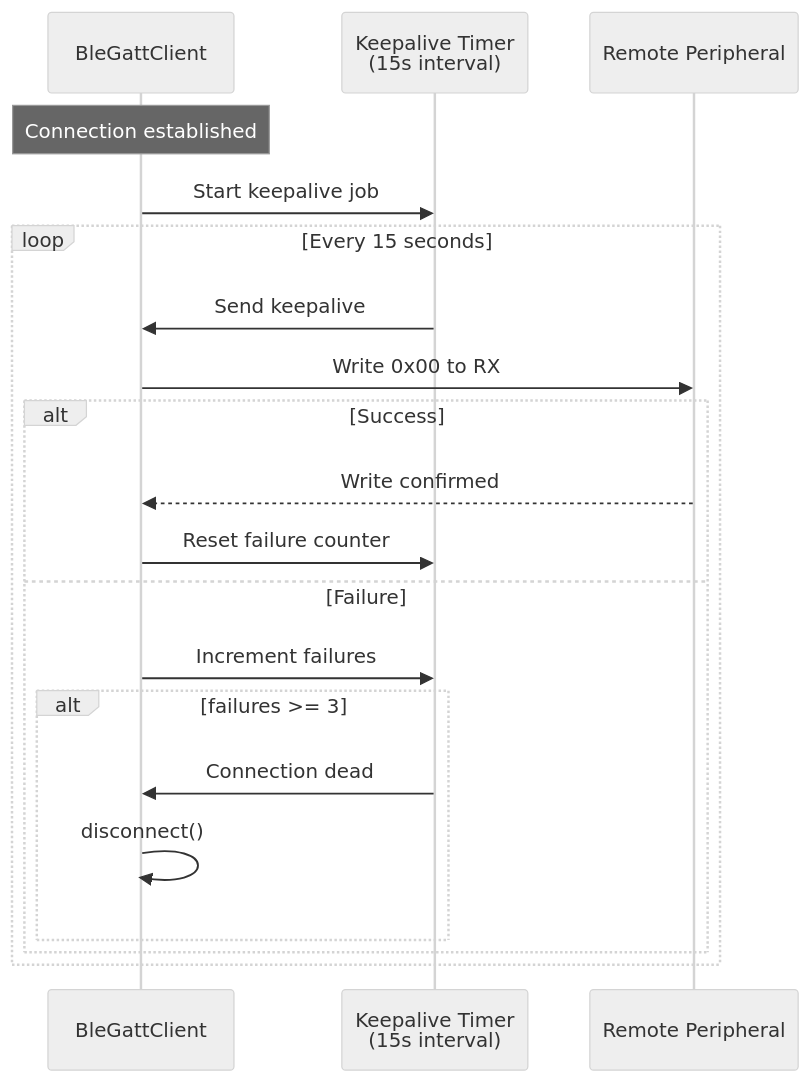
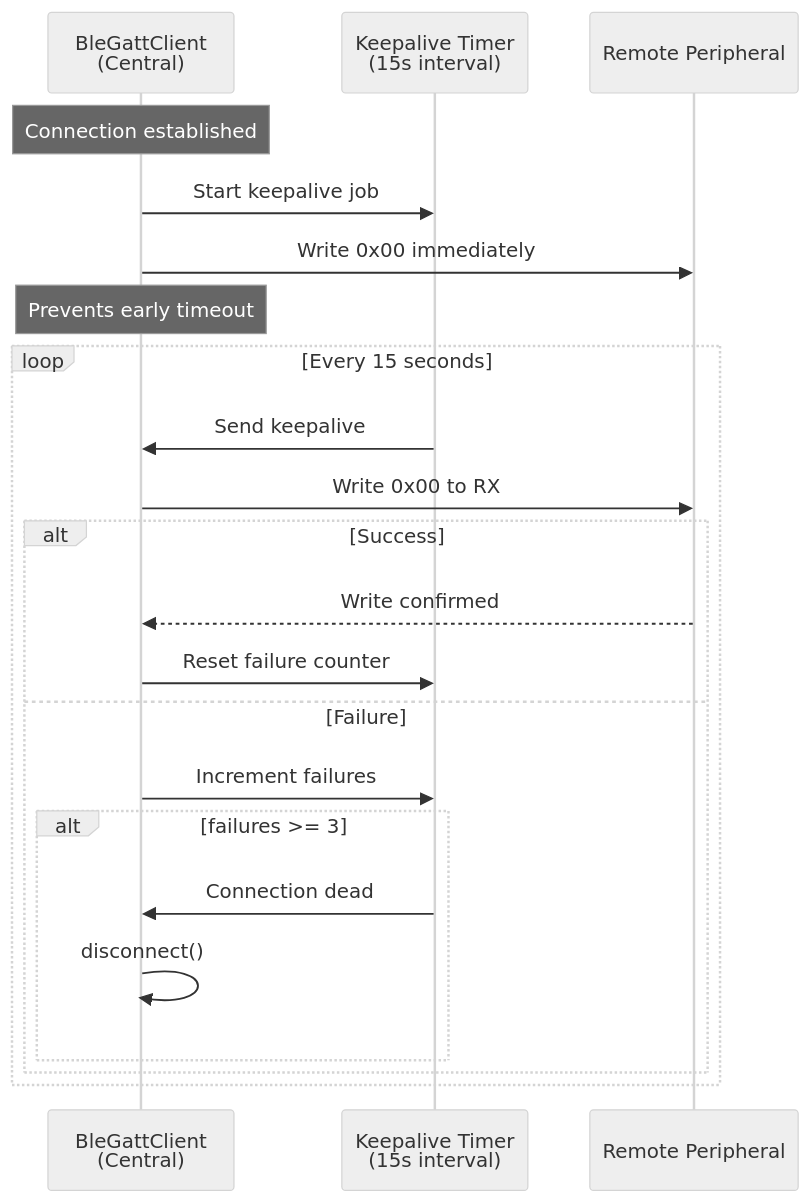
Diagram 14 of 16 in docs/ble-architecture.md (torlando-tech/columba), drawn with Mermaid (neutral theme) before and after one commit. The commit also changed other lines of this file, not shown here.

First line of the commit message:
docs(ble): add immediate keepalive and asymmetry details

````diff
--- a/docs/ble-architecture.md
+++ b/docs/ble-architecture.md
@@ -526,24 +526,26 @@
 ```mermaid
 sequenceDiagram
-    participant Client as BleGattClient
+    participant Client as BleGattClient<br/>(Central)
     participant Timer as Keepalive Timer<br/>(15s interval)
     participant Peer as Remote Peripheral
 
     Note over Client: Connection established
     Client->>Timer: Start keepalive job
+    Client->>Peer: Write 0x00 immediately
+    Note over Client: Prevents early timeout
 
     loop Every 15 seconds
         Timer->>Client: Send keepalive
         Client->>Peer: Write 0x00 to RX
         alt Success
             Peer-->>Client: Write confirmed
             Client->>Timer: Reset failure counter
         else Failure
             Client->>Timer: Increment failures
             alt failures >= 3
                 Timer->>Client: Connection dead
                 Client->>Client: disconnect()
             end
         end
     end
 ```
````
